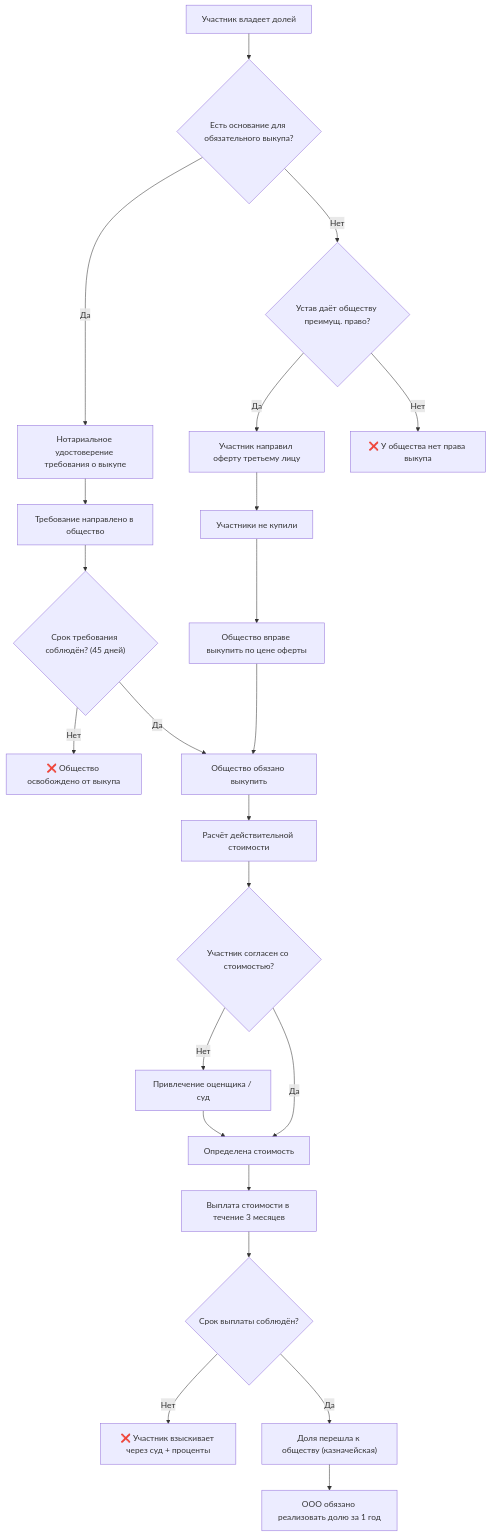
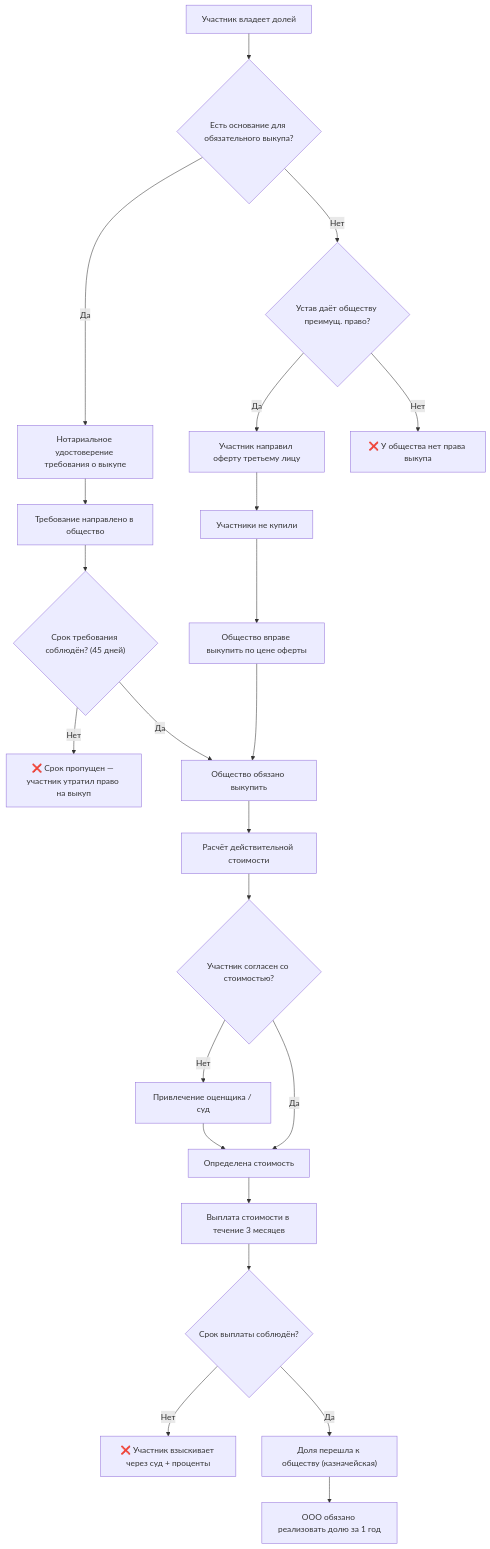
The third of 4 diagrams in docs/business-processes/llc-share-purchase-sale.md (arsenyuk/SamorodinkaTech.Fiducia), drawn with Mermaid before and after one commit. The commit also changed other lines of this file and 3 other files, not shown here.

````diff
--- a/docs/business-processes/llc-share-purchase-sale.md
+++ b/docs/business-processes/llc-share-purchase-sale.md
@@ -218,25 +220,25 @@
 ```mermaid
 flowchart TD
     A["Участник владеет долей"] --> B{Есть основание для обязательного выкупа?}
     B -->|Да| C["Нотариальное удостоверение требования о выкупе"]
     C --> CC["Требование направлено в общество"]
     B -->|Нет| D{Устав даёт обществу преимущ. право?}
     D -->|Да| E["Участник направил оферту третьему лицу"]
     E --> F["Участники не купили"]
     F --> G["Общество вправе выкупить по цене оферты"]
     D -->|Нет| H["❌ У общества нет права выкупа"]
     CC --> I{"Срок требования соблюдён? (45 дней)"}
-    I -->|Нет| J["❌ Общество освобождено от выкупа"]
+    I -->|Нет| J["❌ Срок пропущен — участник утратил право на выкуп"]
     I -->|Да| K["Общество обязано выкупить"]
     G --> K
     K --> L["Расчёт действительной стоимости"]
     L --> M{Участник согласен со стоимостью?}
     M -->|Нет| N["Привлечение оценщика / суд"]
     N --> O["Определена стоимость"]
     M -->|Да| O
     O --> P["Выплата стоимости в течение 3 месяцев"]
     P --> Q{Срок выплаты соблюдён?}
     Q -->|Нет| R["❌ Участник взыскивает через суд + проценты"]
     Q -->|Да| S["Доля перешла к обществу (казначейская)"]
     S --> T["ООО обязано реализовать долю за 1 год"]
 ```
````
